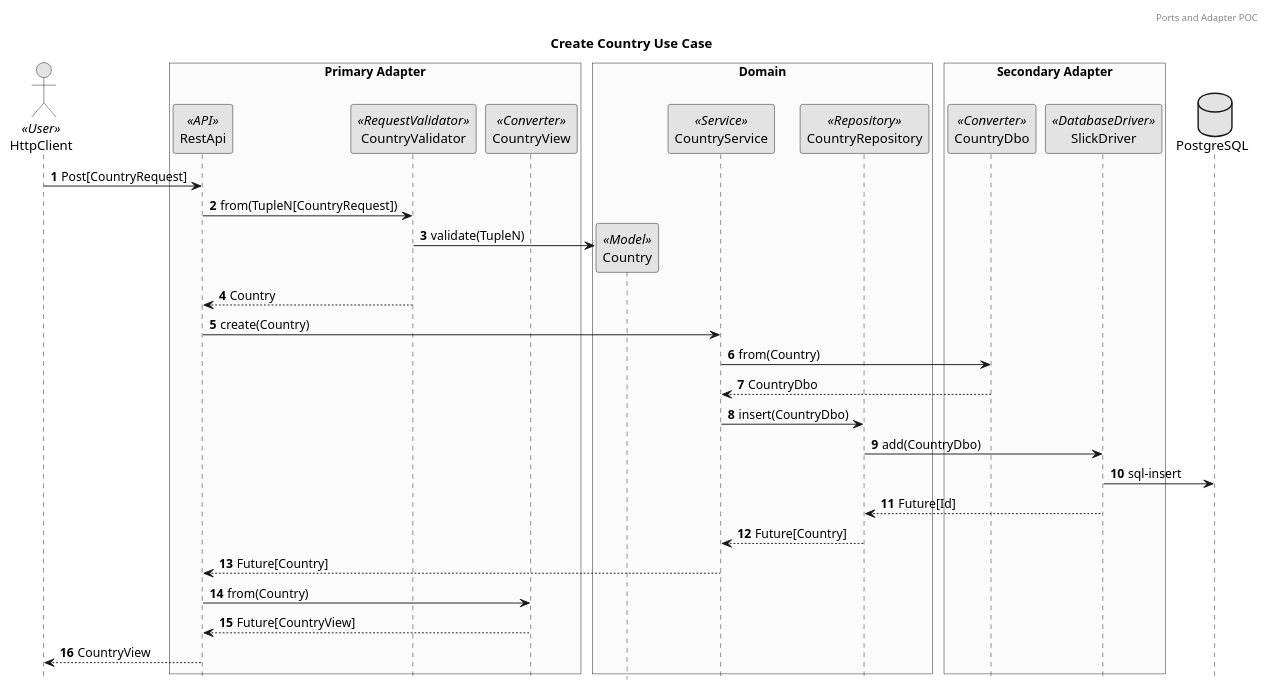
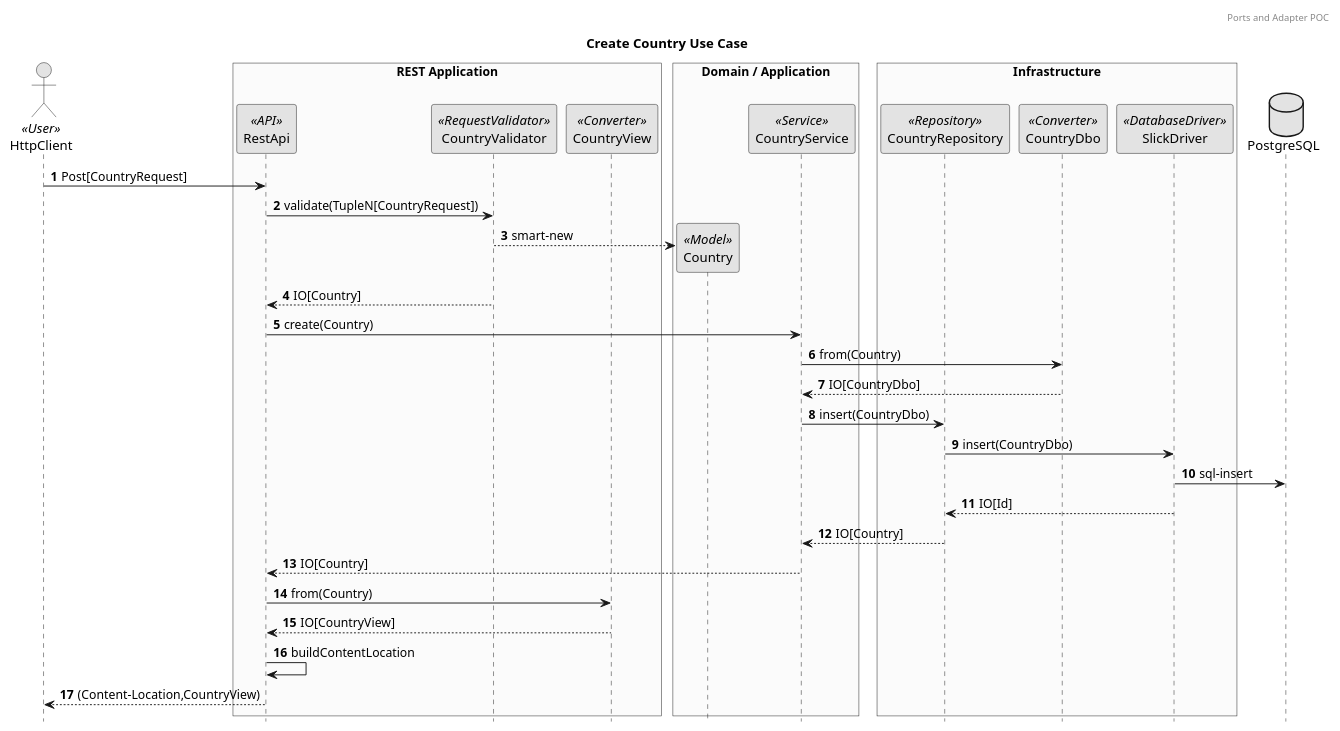
Before and after one commit to butcherless/incubator: the diagram in hexagonal/docs/create-country.puml, drawn with PlantUML. The commit also changed 1 other file, not shown here.

```diff
--- a/hexagonal/docs/create-country.puml
+++ b/hexagonal/docs/create-country.puml
@@ -1,44 +1,45 @@
 @startuml
 skinparam monochrome true
 skinparam BoxPadding 5
 header Ports and Adapter POC
 title Create Country Use Case
 
 hide footbox
 actor HttpClient as user << User >>
 
-box "Primary Adapter" #FBFBFB
-participant "RestApi" as api << API >>
-participant "CountryValidator" as validator << RequestValidator >>
-participant "CountryView" as view << Converter >>
+box "REST Application" #FBFBFB
+ participant "RestApi" as api << API >>
+ participant "CountryValidator" as validator << RequestValidator >>
+ participant "CountryView" as view << Converter >>
 end box
-box "Domain" #FBFBFB
-participant "Country" as country << Model >>
-participant "CountryService" as service << Service >>
-participant "CountryRepository" as repository << Repository >>
+box "Domain / Application" #FBFBFB
+ participant "Country" as country << Model >>
+ participant "CountryService" as service << Service >>
 end box
-box "Secondary Adapter" #FBFBFB
-participant "CountryDbo" as dbo << Converter >>
-participant "SlickDriver" as db << DatabaseDriver >>
+box "Infrastructure" #FBFBFB
+ participant "CountryRepository" as repository << Repository >>
+ participant "CountryDbo" as dbo << Converter >>
+ participant "SlickDriver" as db << DatabaseDriver >>
 end box
 
 database PostgreSQL as pgdb
 
 autonumber
 user -> api: Post[CountryRequest]
-api -> validator : from(TupleN[CountryRequest])
-validator -> country ** : validate(TupleN)
-validator --> api: Country
+api -> validator : validate(TupleN[CountryRequest])
+validator --> country **: smart-new
+validator --> api: IO[Country]
 api -> service: create(Country)
 service -> dbo: from(Country)
-dbo --> service: CountryDbo
+dbo --> service: IO[CountryDbo]
 service -> repository: insert(CountryDbo)
-repository -> db : add(CountryDbo)
+repository -> db : insert(CountryDbo)
 db -> pgdb : sql-insert
-db --> repository : Future[Id]
-repository --> service : Future[Country]
-service --> api : Future[Country]
+db --> repository : IO[Id]
+repository --> service : IO[Country]
+service --> api : IO[Country]
 api -> view : from(Country)
-view --> api : Future[CountryView]
-api --> user : CountryView
+view --> api : IO[CountryView]
+api -> api: buildContentLocation
+api --> user : (Content-Location,CountryView)
 @enduml
```
